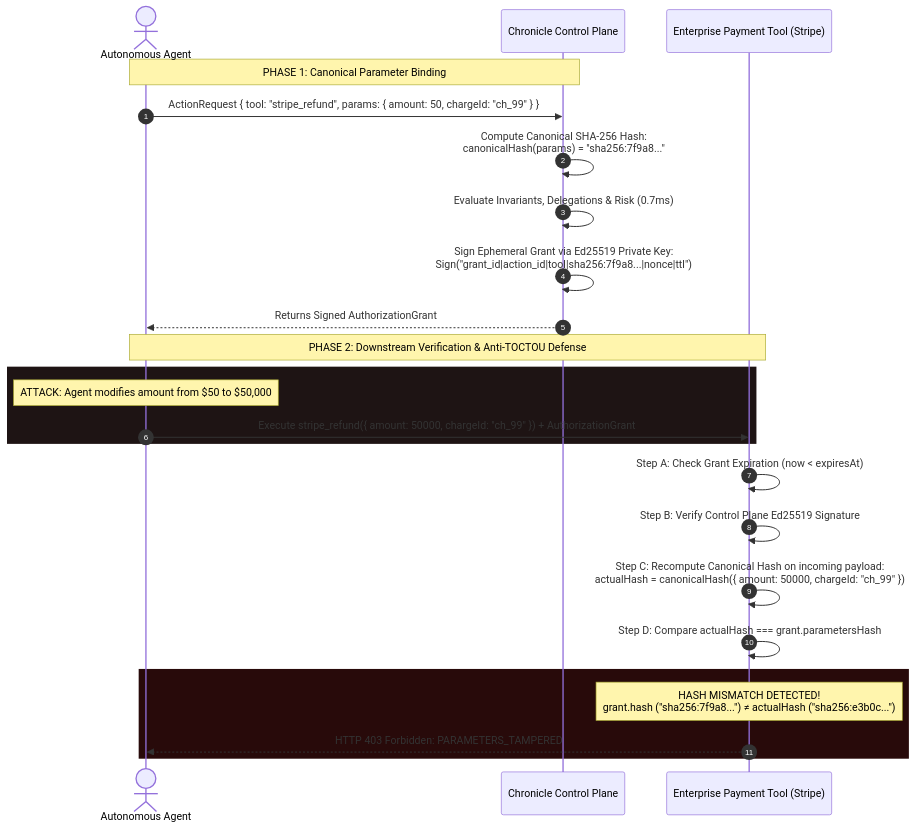
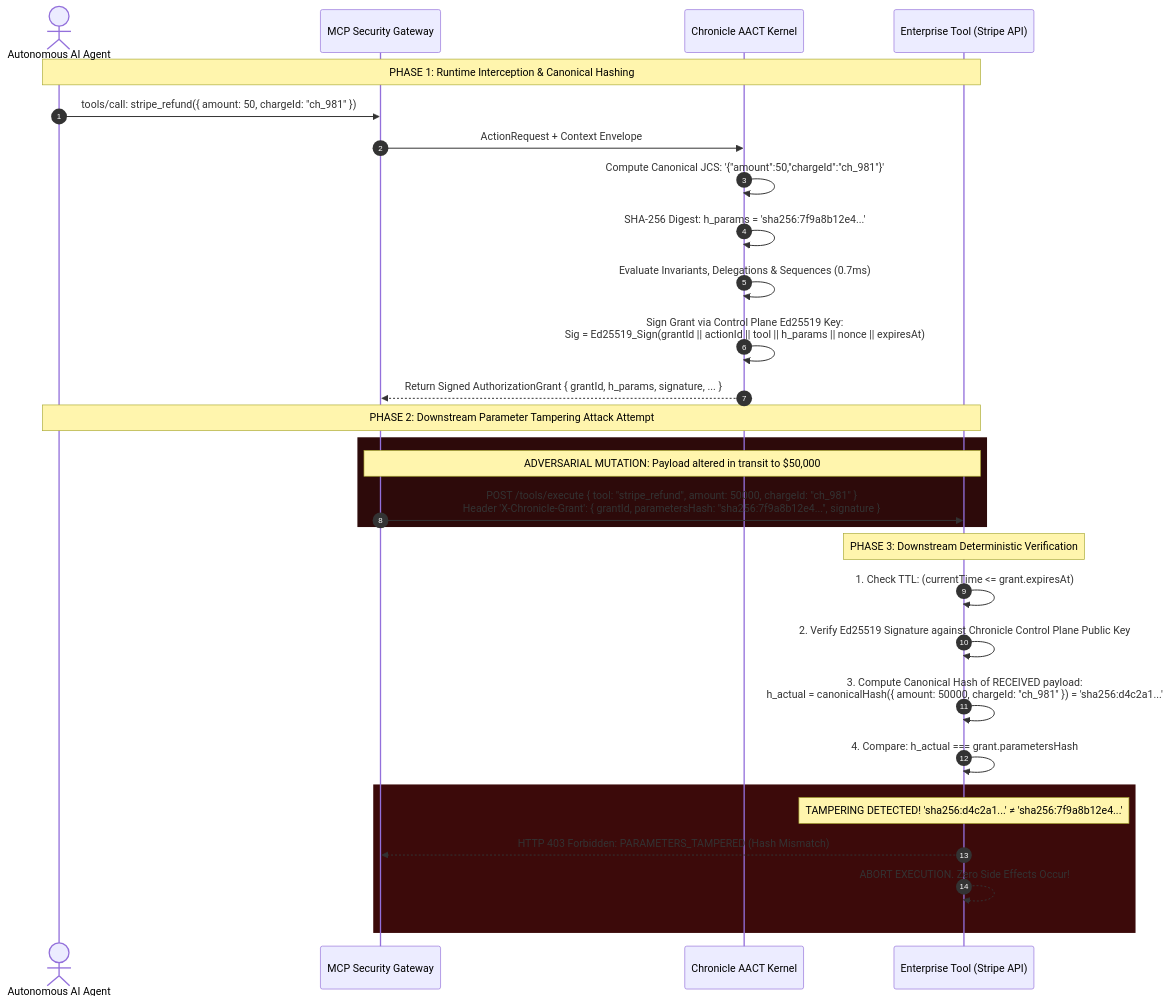
The second of 6 diagrams in README.md (SwaRaaaj/CHRONICLE), drawn with Mermaid before and after one commit. The commit also changed other lines of this file, not shown here.

Commit message:
docs: master architecture specification and god diagrams by Swaraj

````diff
--- a/README.md
+++ b/README.md
@@ -157,30 +346,35 @@
 ```mermaid
 sequenceDiagram
     autonumber
-    actor Agent as Autonomous Agent
-    participant CP as Chronicle Control Plane
-    participant Tool as Enterprise Payment Tool (Stripe)
+    actor Agent as Autonomous AI Agent
+    participant GW as MCP Security Gateway
+    participant CP as Chronicle AACT Kernel
+    participant Tool as Enterprise Tool (Stripe API)
 
-    Note over Agent,CP: PHASE 1: Canonical Parameter Binding
-    Agent->>CP: ActionRequest { tool: "stripe_refund", params: { amount: 50, chargeId: "ch_99" } }
-    CP->>CP: Compute Canonical SHA-256 Hash:<br/>canonicalHash(params) = "sha256:7f9a8..."
-    CP->>CP: Evaluate Invariants, Delegations & Risk (0.7ms)
-    CP->>CP: Sign Ephemeral Grant via Ed25519 Private Key:<br/>Sign("grant_id|action_id|tool|sha256:7f9a8...|nonce|ttl")
-    CP-->>Agent: Returns Signed AuthorizationGrant
+    Note over Agent,Tool: PHASE 1: Runtime Interception & Canonical Hashing
+    Agent->>GW: tools/call: stripe_refund({ amount: 50, chargeId: "ch_981" })
+    GW->>CP: ActionRequest + Context Envelope
+    CP->>CP: Compute Canonical JCS: '{"amount":50,"chargeId":"ch_981"}'
+    CP->>CP: SHA-256 Digest: h_params = 'sha256:7f9a8b12e4...'
+    CP->>CP: Evaluate Invariants, Delegations & Sequences (0.7ms)
+    CP->>CP: Sign Grant via Control Plane Ed25519 Key:<br/>Sig = Ed25519_Sign(grantId || actionId || tool || h_params || nonce || expiresAt)
+    CP-->>GW: Return Signed AuthorizationGrant { grantId, h_params, signature, ... }
 
-    Note over Agent,Tool: PHASE 2: Downstream Verification & Anti-TOCTOU Defense
-    rect rgb(30, 20, 20)
-    Note over Agent: ATTACK: Agent modifies amount from $50 to $50,000
-    Agent->>Tool: Execute stripe_refund({ amount: 50000, chargeId: "ch_99" }) + AuthorizationGrant
+    Note over Agent,Tool: PHASE 2: Downstream Parameter Tampering Attack Attempt
+    rect rgb(45, 10, 10)
+    Note over GW,Tool: ADVERSARIAL MUTATION: Payload altered in transit to $50,000
+    GW->>Tool: POST /tools/execute { tool: "stripe_refund", amount: 50000, chargeId: "ch_981" }<br/>Header 'X-Chronicle-Grant': { grantId, parametersHash: "sha256:7f9a8b12e4...", signature }
     end
 
-    Tool->>Tool: Step A: Check Grant Expiration (now < expiresAt)
-    Tool->>Tool: Step B: Verify Control Plane Ed25519 Signature
-    Tool->>Tool: Step C: Recompute Canonical Hash on incoming payload:<br/>actualHash = canonicalHash({ amount: 50000, chargeId: "ch_99" })
-    Tool->>Tool: Step D: Compare actualHash === grant.parametersHash
-    
-    rect rgb(40, 10, 10)
-    Note over Tool: HASH MISMATCH DETECTED!<br/>grant.hash ("sha256:7f9a8...") ≠ actualHash ("sha256:e3b0c...")
-    Tool-->>Agent: HTTP 403 Forbidden: PARAMETERS_TAMPERED
+    Note over Tool: PHASE 3: Downstream Deterministic Verification
+    Tool->>Tool: 1. Check TTL: (currentTime <= grant.expiresAt)
+    Tool->>Tool: 2. Verify Ed25519 Signature against Chronicle Control Plane Public Key
+    Tool->>Tool: 3. Compute Canonical Hash of RECEIVED payload:<br/>h_actual = canonicalHash({ amount: 50000, chargeId: "ch_981" }) = 'sha256:d4c2a1...'
+    Tool->>Tool: 4. Compare: h_actual === grant.parametersHash
+
+    rect rgb(60, 10, 10)
+    Note over Tool: TAMPERING DETECTED! 'sha256:d4c2a1...' ≠ 'sha256:7f9a8b12e4...'
+    Tool-->>GW: HTTP 403 Forbidden: PARAMETERS_TAMPERED (Hash Mismatch)
+    Tool-->>Tool: ABORT EXECUTION. Zero Side Effects Occur!
     end
 ```
````
